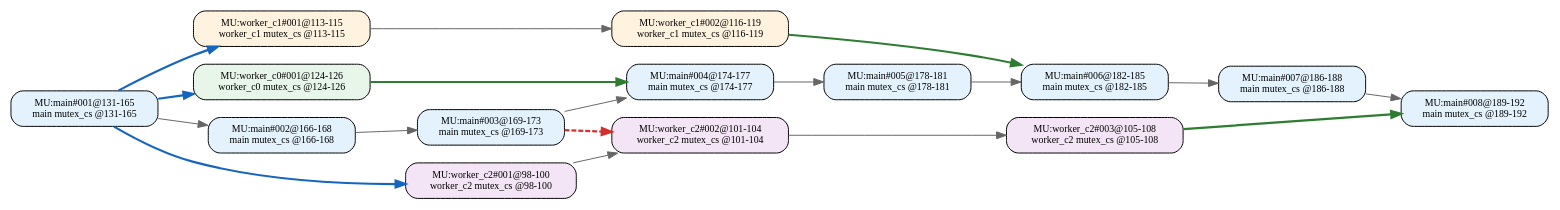
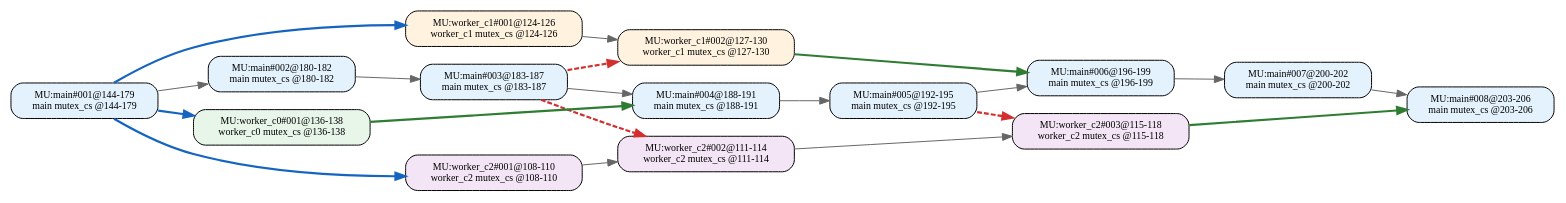
Before and after one commit to RTS-SYSU/DAG-Gen: the diagram in 中间结果/zhang2/pipeline/blocks/level2/effective_line_merge/dag_seg.dot, drawn with Graphviz. The commit also changed 1017 other files, not shown here.

Commit message:
已矫正dag图circle问题，下一步准备板子上实验

```diff
--- a/中间结果/zhang2/pipeline/blocks/level2/effective_line_merge/dag_seg.dot
+++ b/中间结果/zhang2/pipeline/blocks/level2/effective_line_merge/dag_seg.dot
@@ -1,35 +1,37 @@
 digraph Level2SegDAG {
   rankdir=LR;
   node [shape=box, fontname="Consolas", fontsize=10];
-  "MU:main#001@131-165" [style="rounded,filled", fillcolor="#E3F2FD", label="MU:main#001@131-165\nmain mutex_cs @131-165"];
-  "MU:main#002@166-168" [style="rounded,filled", fillcolor="#E3F2FD", label="MU:main#002@166-168\nmain mutex_cs @166-168"];
-  "MU:main#003@169-173" [style="rounded,filled", fillcolor="#E3F2FD", label="MU:main#003@169-173\nmain mutex_cs @169-173"];
-  "MU:main#004@174-177" [style="rounded,filled", fillcolor="#E3F2FD", label="MU:main#004@174-177\nmain mutex_cs @174-177"];
-  "MU:main#005@178-181" [style="rounded,filled", fillcolor="#E3F2FD", label="MU:main#005@178-181\nmain mutex_cs @178-181"];
-  "MU:main#006@182-185" [style="rounded,filled", fillcolor="#E3F2FD", label="MU:main#006@182-185\nmain mutex_cs @182-185"];
-  "MU:main#007@186-188" [style="rounded,filled", fillcolor="#E3F2FD", label="MU:main#007@186-188\nmain mutex_cs @186-188"];
-  "MU:main#008@189-192" [style="rounded,filled", fillcolor="#E3F2FD", label="MU:main#008@189-192\nmain mutex_cs @189-192"];
-  "MU:worker_c0#001@124-126" [style="rounded,filled", fillcolor="#E8F5E9", label="MU:worker_c0#001@124-126\nworker_c0 mutex_cs @124-126"];
-  "MU:worker_c1#001@113-115" [style="rounded,filled", fillcolor="#FFF3E0", label="MU:worker_c1#001@113-115\nworker_c1 mutex_cs @113-115"];
-  "MU:worker_c1#002@116-119" [style="rounded,filled", fillcolor="#FFF3E0", label="MU:worker_c1#002@116-119\nworker_c1 mutex_cs @116-119"];
-  "MU:worker_c2#001@98-100" [style="rounded,filled", fillcolor="#F3E5F5", label="MU:worker_c2#001@98-100\nworker_c2 mutex_cs @98-100"];
-  "MU:worker_c2#002@101-104" [style="rounded,filled", fillcolor="#F3E5F5", label="MU:worker_c2#002@101-104\nworker_c2 mutex_cs @101-104"];
-  "MU:worker_c2#003@105-108" [style="rounded,filled", fillcolor="#F3E5F5", label="MU:worker_c2#003@105-108\nworker_c2 mutex_cs @105-108"];
-  "MU:worker_c2#001@98-100" -> "MU:worker_c2#002@101-104" [color="#666666", style="solid", penwidth=1.0];
-  "MU:worker_c2#002@101-104" -> "MU:worker_c2#003@105-108" [color="#666666", style="solid", penwidth=1.0];
-  "MU:worker_c1#001@113-115" -> "MU:worker_c1#002@116-119" [color="#666666", style="solid", penwidth=1.0];
-  "MU:main#001@131-165" -> "MU:main#002@166-168" [color="#666666", style="solid", penwidth=1.0];
-  "MU:main#002@166-168" -> "MU:main#003@169-173" [color="#666666", style="solid", penwidth=1.0];
-  "MU:main#003@169-173" -> "MU:main#004@174-177" [color="#666666", style="solid", penwidth=1.0];
-  "MU:main#004@174-177" -> "MU:main#005@178-181" [color="#666666", style="solid", penwidth=1.0];
-  "MU:main#005@178-181" -> "MU:main#006@182-185" [color="#666666", style="solid", penwidth=1.0];
-  "MU:main#006@182-185" -> "MU:main#007@186-188" [color="#666666", style="solid", penwidth=1.0];
-  "MU:main#007@186-188" -> "MU:main#008@189-192" [color="#666666", style="solid", penwidth=1.0];
-  "MU:main#001@131-165" -> "MU:worker_c0#001@124-126" [color="#1565C0", style="solid", penwidth=2.2];
-  "MU:main#001@131-165" -> "MU:worker_c1#001@113-115" [color="#1565C0", style="solid", penwidth=2.2];
-  "MU:main#001@131-165" -> "MU:worker_c2#001@98-100" [color="#1565C0", style="solid", penwidth=2.2];
-  "MU:worker_c0#001@124-126" -> "MU:main#004@174-177" [color="#2E7D32", style="solid", penwidth=2.2];
-  "MU:worker_c1#002@116-119" -> "MU:main#006@182-185" [color="#2E7D32", style="solid", penwidth=2.2];
-  "MU:worker_c2#003@105-108" -> "MU:main#008@189-192" [color="#2E7D32", style="solid", penwidth=2.2];
-  "MU:main#003@169-173" -> "MU:worker_c2#002@101-104" [color="#D32F2F", style="dashed", penwidth=2.2];
+  "MU:main#001@144-179" [style="rounded,filled", fillcolor="#E3F2FD", label="MU:main#001@144-179\nmain mutex_cs @144-179"];
+  "MU:main#002@180-182" [style="rounded,filled", fillcolor="#E3F2FD", label="MU:main#002@180-182\nmain mutex_cs @180-182"];
+  "MU:main#003@183-187" [style="rounded,filled", fillcolor="#E3F2FD", label="MU:main#003@183-187\nmain mutex_cs @183-187"];
+  "MU:main#004@188-191" [style="rounded,filled", fillcolor="#E3F2FD", label="MU:main#004@188-191\nmain mutex_cs @188-191"];
+  "MU:main#005@192-195" [style="rounded,filled", fillcolor="#E3F2FD", label="MU:main#005@192-195\nmain mutex_cs @192-195"];
+  "MU:main#006@196-199" [style="rounded,filled", fillcolor="#E3F2FD", label="MU:main#006@196-199\nmain mutex_cs @196-199"];
+  "MU:main#007@200-202" [style="rounded,filled", fillcolor="#E3F2FD", label="MU:main#007@200-202\nmain mutex_cs @200-202"];
+  "MU:main#008@203-206" [style="rounded,filled", fillcolor="#E3F2FD", label="MU:main#008@203-206\nmain mutex_cs @203-206"];
+  "MU:worker_c0#001@136-138" [style="rounded,filled", fillcolor="#E8F5E9", label="MU:worker_c0#001@136-138\nworker_c0 mutex_cs @136-138"];
+  "MU:worker_c1#001@124-126" [style="rounded,filled", fillcolor="#FFF3E0", label="MU:worker_c1#001@124-126\nworker_c1 mutex_cs @124-126"];
+  "MU:worker_c1#002@127-130" [style="rounded,filled", fillcolor="#FFF3E0", label="MU:worker_c1#002@127-130\nworker_c1 mutex_cs @127-130"];
+  "MU:worker_c2#001@108-110" [style="rounded,filled", fillcolor="#F3E5F5", label="MU:worker_c2#001@108-110\nworker_c2 mutex_cs @108-110"];
+  "MU:worker_c2#002@111-114" [style="rounded,filled", fillcolor="#F3E5F5", label="MU:worker_c2#002@111-114\nworker_c2 mutex_cs @111-114"];
+  "MU:worker_c2#003@115-118" [style="rounded,filled", fillcolor="#F3E5F5", label="MU:worker_c2#003@115-118\nworker_c2 mutex_cs @115-118"];
+  "MU:worker_c2#001@108-110" -> "MU:worker_c2#002@111-114" [color="#666666", style="solid", penwidth=1.0];
+  "MU:worker_c2#002@111-114" -> "MU:worker_c2#003@115-118" [color="#666666", style="solid", penwidth=1.0];
+  "MU:worker_c1#001@124-126" -> "MU:worker_c1#002@127-130" [color="#666666", style="solid", penwidth=1.0];
+  "MU:main#001@144-179" -> "MU:main#002@180-182" [color="#666666", style="solid", penwidth=1.0];
+  "MU:main#002@180-182" -> "MU:main#003@183-187" [color="#666666", style="solid", penwidth=1.0];
+  "MU:main#003@183-187" -> "MU:main#004@188-191" [color="#666666", style="solid", penwidth=1.0];
+  "MU:main#004@188-191" -> "MU:main#005@192-195" [color="#666666", style="solid", penwidth=1.0];
+  "MU:main#005@192-195" -> "MU:main#006@196-199" [color="#666666", style="solid", penwidth=1.0];
+  "MU:main#006@196-199" -> "MU:main#007@200-202" [color="#666666", style="solid", penwidth=1.0];
+  "MU:main#007@200-202" -> "MU:main#008@203-206" [color="#666666", style="solid", penwidth=1.0];
+  "MU:main#001@144-179" -> "MU:worker_c0#001@136-138" [color="#1565C0", style="solid", penwidth=2.2];
+  "MU:main#001@144-179" -> "MU:worker_c1#001@124-126" [color="#1565C0", style="solid", penwidth=2.2];
+  "MU:main#001@144-179" -> "MU:worker_c2#001@108-110" [color="#1565C0", style="solid", penwidth=2.2];
+  "MU:worker_c0#001@136-138" -> "MU:main#004@188-191" [color="#2E7D32", style="solid", penwidth=2.2];
+  "MU:worker_c1#002@127-130" -> "MU:main#006@196-199" [color="#2E7D32", style="solid", penwidth=2.2];
+  "MU:worker_c2#003@115-118" -> "MU:main#008@203-206" [color="#2E7D32", style="solid", penwidth=2.2];
+  "MU:main#003@183-187" -> "MU:worker_c2#002@111-114" [color="#D32F2F", style="dashed", penwidth=2.2];
+  "MU:main#005@192-195" -> "MU:worker_c2#003@115-118" [color="#D32F2F", style="dashed", penwidth=2.2];
+  "MU:main#003@183-187" -> "MU:worker_c1#002@127-130" [color="#D32F2F", style="dashed", penwidth=2.2];
 }
```
